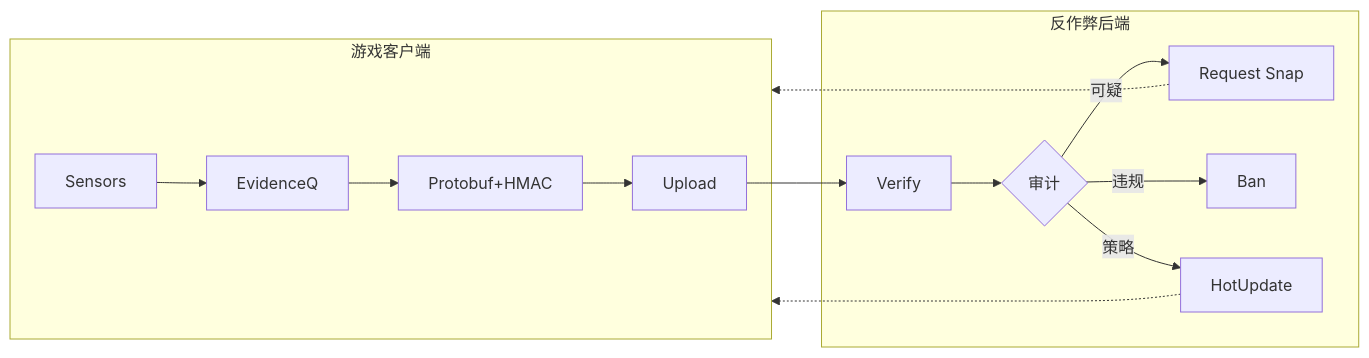
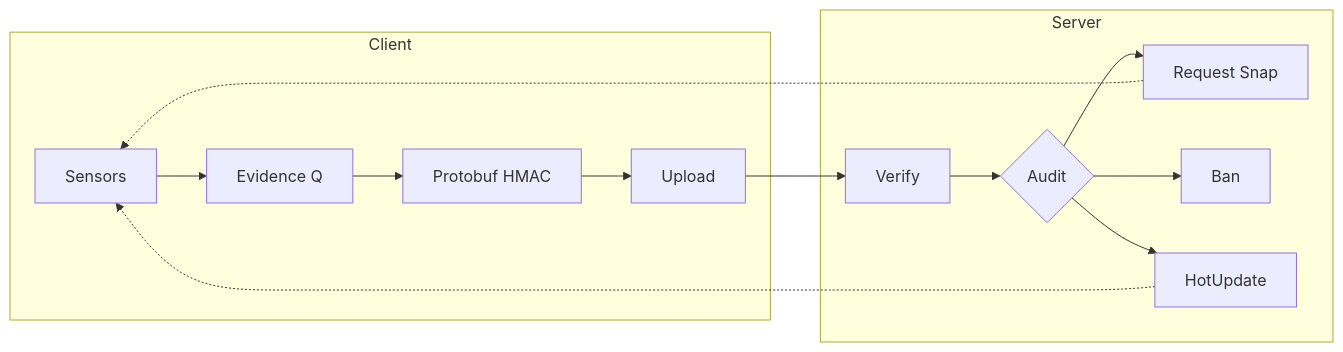
One commit to williammuji/AntiCheat changed the fourth of 4 diagrams in docs/presentation_outline.md. Above: the diagram before and after it, drawn with Mermaid. The commit also changed other lines of this file, not shown here.

````diff
--- a/docs/presentation_outline.md
+++ b/docs/presentation_outline.md
@@ -868,17 +880,17 @@
 ```mermaid
 graph LR
-    subgraph Client [游戏客户端]
-        S[Sensors] --> Q[EvidenceQ]
-        Q --> P[Protobuf+HMAC]
+    subgraph Client
+        SC[Sensors] --> Q[Evidence Q]
+        Q --> P[Protobuf HMAC]
         P --> U[Upload]
     end
-    subgraph Server [反作弊后端]
-        U --> V[Verify]
-        V --> Logic{审计}
-        Logic -->|可疑| Snap[Request Snap]
-        Logic -->|违规| Ban[Ban]
-        Logic -->|策略| Upd[HotUpdate]
+    subgraph Server
+        V[Verify] --> Logic{Audit}
+        Logic --> Snap[Request Snap]
+        Logic --> Ban[Ban]
+        Logic --> Upd[HotUpdate]
     end
-    Upd -.-> Client
-    Snap -.-> Client
+    U --> V
+    Upd -.-> SC
+    Snap -.-> SC
 ```
````
